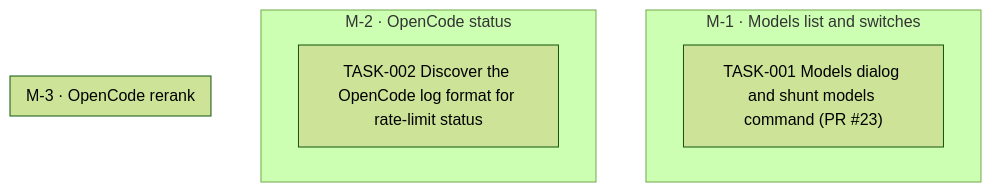
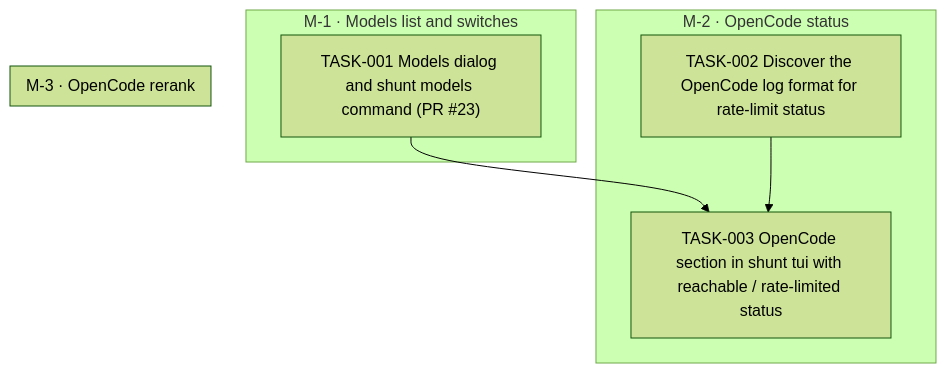
The diagram in goals/model-filter/README.md (jesusvillota/shunt), drawn with Mermaid (forest theme) before and after one commit. The commit also changed 1 other file, not shown here.

Commit message:
goal(model-filter): add TASK-003 OpenCode section in shunt tui with reachable / rate-limited status

````diff
--- a/goals/model-filter/README.md
+++ b/goals/model-filter/README.md
@@ -47,14 +47,17 @@
 ```mermaid
 flowchart TD
   subgraph M_1["M-1 · Models list and switches"]
     TASK_001["TASK-001 Models dialog and shunt models command (PR #23)"]
   end
   subgraph M_2["M-2 · OpenCode status"]
     TASK_002["TASK-002 Discover the OpenCode log format for rate-limit status"]
+    TASK_003["TASK-003 OpenCode section in shunt tui with reachable / rate-limited status"]
   end
   subgraph M_3["M-3 · OpenCode rerank"]
   end
+  TASK_001 --> TASK_003
+  TASK_002 --> TASK_003
   classDef draft stroke-dasharray: 4 3
   classDef cancelled opacity:0.45
   classDef decision fill:#f3e8ff,stroke:#7c3aed
 ```
````
